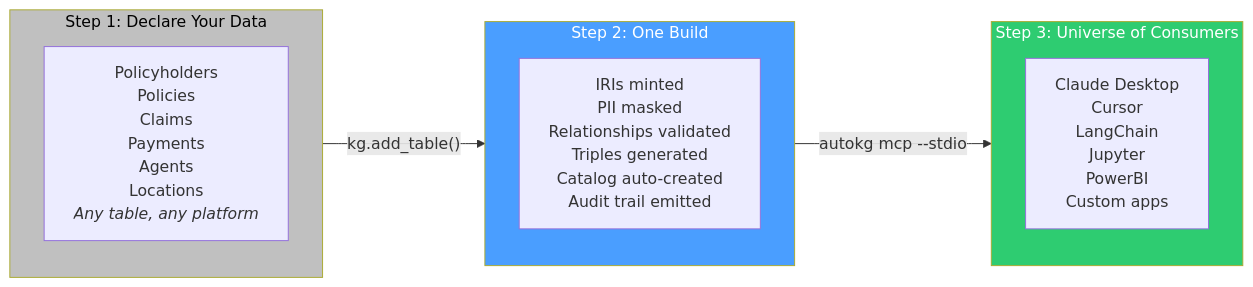
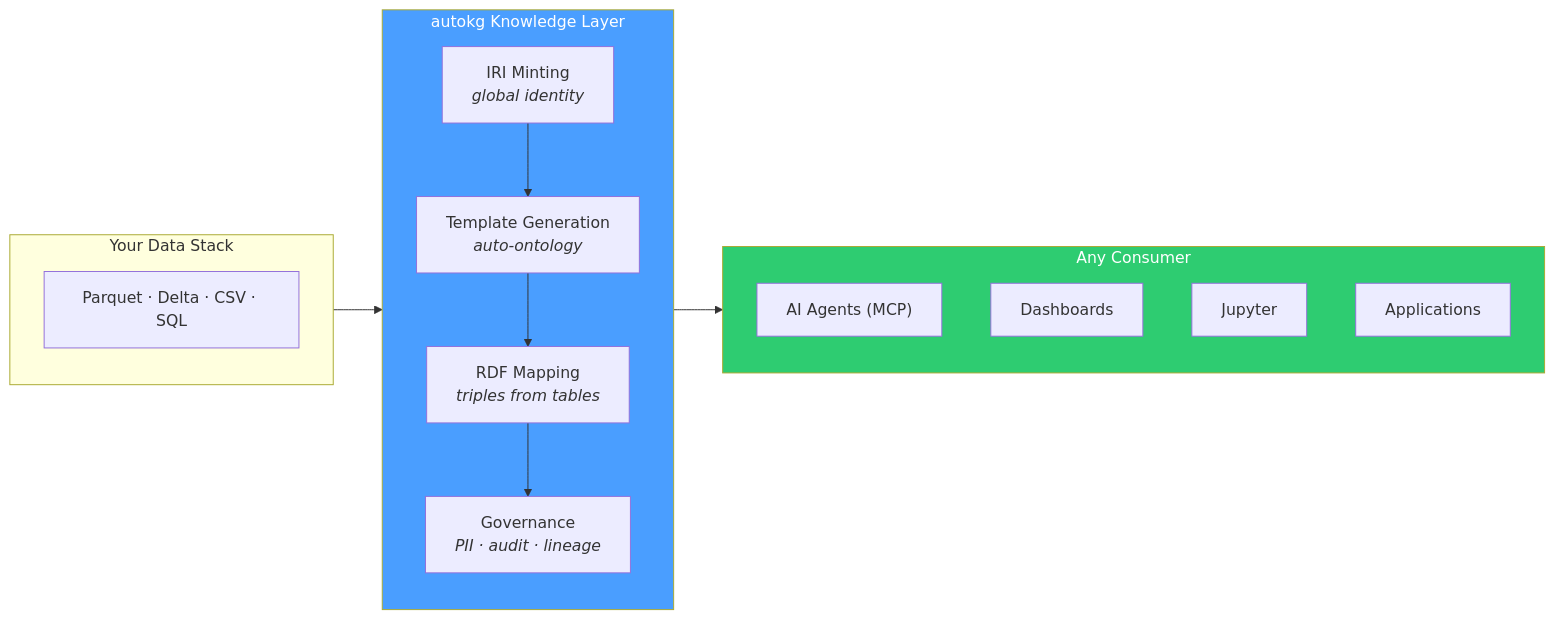
The diagram in README.md (kaushikthakur97/autokg), drawn with Mermaid before and after one commit. The commit also changed other lines of this file and 1 other file, not shown here.

First line of the commit message:
docs: reposition as knowledge layer — generic, platform-agnostic

````diff
--- a/README.md
+++ b/README.md
@@ -83,18 +36,22 @@
 ```mermaid
 flowchart LR
-    subgraph A["Step 1: Declare Your Data"]
-        A1["Policyholders<br/>Policies<br/>Claims<br/>Payments<br/>Agents<br/>Locations<br/><i>Any table, any platform</i>"]
+    subgraph Your["Your Data Stack"]
+        A["Parquet · Delta · CSV · SQL"]
     end
-    subgraph B["Step 2: One Build"]
-        B1["IRIs minted<br/>PII masked<br/>Relationships validated<br/>Triples generated<br/>Catalog auto-created<br/>Audit trail emitted"]
+    subgraph autokg["autokg Knowledge Layer"]
+        B["IRI Minting<br/><i>global identity</i>"] --> C["Template Generation<br/><i>auto-ontology</i>"]
+        C --> D["RDF Mapping<br/><i>triples from tables</i>"]
+        D --> E["Governance<br/><i>PII · audit · lineage</i>"]
     end
-    subgraph C["Step 3: Universe of Consumers"]
-        C1["Claude Desktop<br/>Cursor<br/>LangChain<br/>Jupyter<br/>PowerBI<br/>Custom apps"]
+    subgraph Consumers["Any Consumer"]
+        F["AI Agents (MCP)"]
+        G["Dashboards"]
+        H["Jupyter"]
+        I["Applications"]
     end
-    A -->|"kg.add_table()"| B
-    B -->|"autokg mcp --stdio"| C
+    Your --> autokg
+    autokg --> Consumers
     
-    style A fill:#c0c0c0,color:#000
-    style B fill:#4a9eff,color:#fff
-    style C fill:#2ecc71,color:#fff
+    style autokg fill:#4a9eff,color:#fff
+    style Consumers fill:#2ecc71,color:#fff
 ```
````
